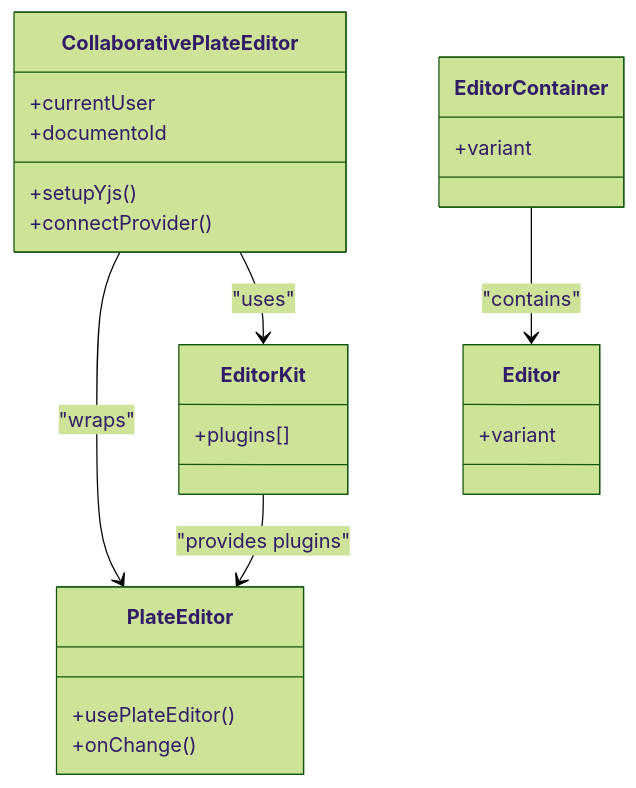
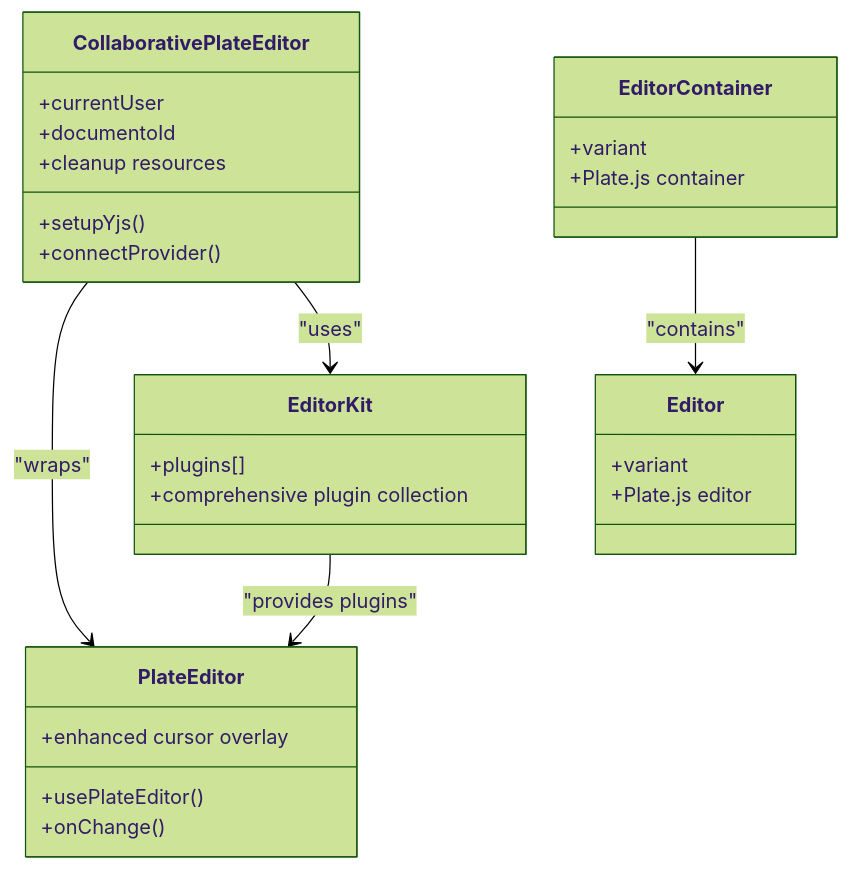
Before and after one commit to SinesysTech/zattar-os: the sixth of 9 diagrams in .qoder/repowiki/en/content/Real-time Features/Collaborative Editing.md, drawn with Mermaid (forest theme). The commit also changed other lines of this file and 4 other files, not shown here.

````diff
--- a/.qoder/repowiki/en/content/Real-time Features/Collaborative Editing.md
+++ b/.qoder/repowiki/en/content/Real-time Features/Collaborative Editing.md
@@ -225,26 +252,31 @@
 ```mermaid
 classDiagram
 class EditorKit {
 +plugins[]
++comprehensive plugin collection
 }
 class PlateEditor {
 +usePlateEditor()
 +onChange()
++enhanced cursor overlay
 }
 class CollaborativePlateEditor {
 +currentUser
 +documentoId
 +setupYjs()
 +connectProvider()
++cleanup resources
 }
 class EditorContainer {
 +variant
++Plate.js container
 }
 class Editor {
 +variant
++Plate.js editor
 }
 EditorKit --> PlateEditor : "provides plugins"
 CollaborativePlateEditor --> PlateEditor : "wraps"
 CollaborativePlateEditor --> EditorKit : "uses"
 EditorContainer --> Editor : "contains"
 ```
````
